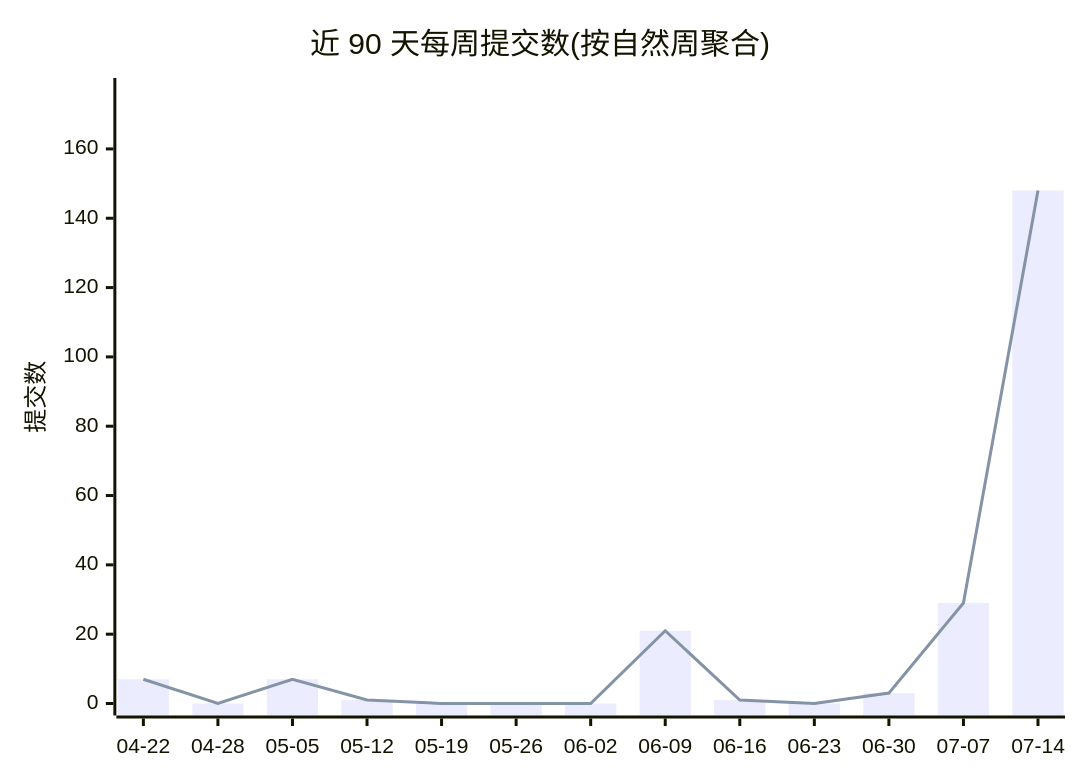
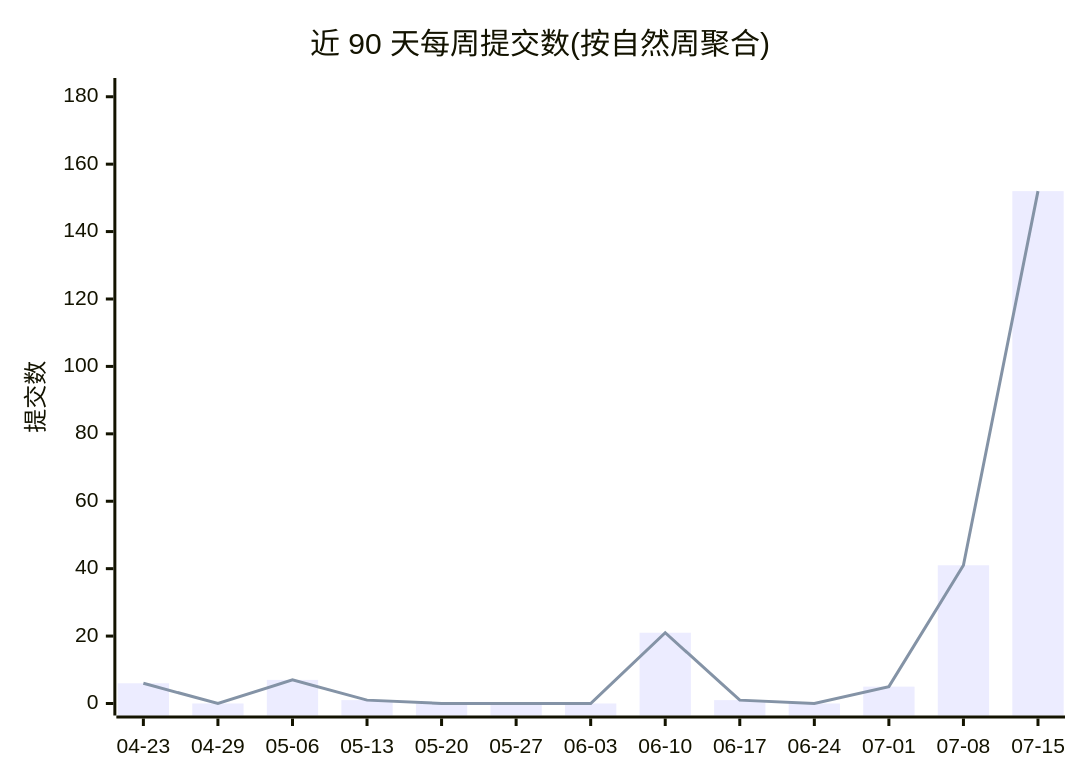
The first of 2 diagrams in profile/README.md (Conflux-Union/.github), drawn with Mermaid before and after one commit. The commit also changed other lines of this file and 1 other file, not shown here.

````diff
--- a/profile/README.md
+++ b/profile/README.md
@@ -44,8 +44,8 @@
 ```mermaid
 xychart-beta
     title "近 90 天每周提交数(按自然周聚合)"
-    x-axis ["04-22", "04-28", "05-05", "05-12", "05-19", "05-26", "06-02", "06-09", "06-16", "06-23", "06-30", "07-07", "07-14"]
-    y-axis "提交数" 0 --> 177
-    bar [7, 0, 7, 1, 0, 0, 0, 21, 1, 0, 3, 29, 148]
-    line [7, 0, 7, 1, 0, 0, 0, 21, 1, 0, 3, 29, 148]
+    x-axis ["04-23", "04-29", "05-06", "05-13", "05-20", "05-27", "06-03", "06-10", "06-17", "06-24", "07-01", "07-08", "07-15"]
+    y-axis "提交数" 0 --> 182
+    bar [6, 0, 7, 1, 0, 0, 0, 21, 1, 0, 5, 41, 152]
+    line [6, 0, 7, 1, 0, 0, 0, 21, 1, 0, 5, 41, 152]
 ```
````
